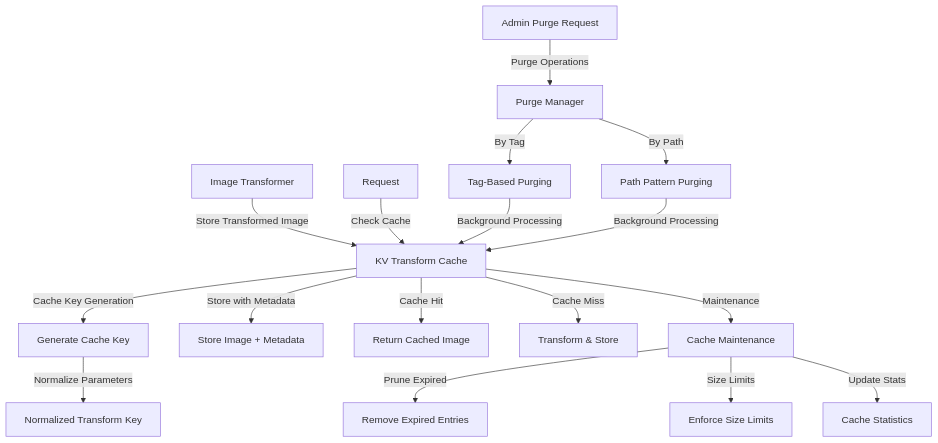
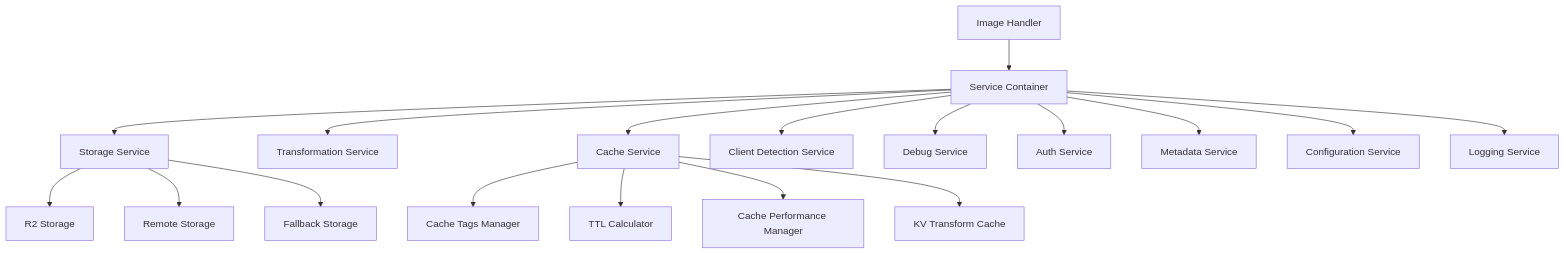
The second of 2 diagrams in README.md (erfianugrah/image-resizer-2), drawn with Mermaid before and after one commit. The commit also changed other lines of this file and 12 other files, not shown here.

````diff
--- a/README.md
+++ b/README.md
@@ -59,23 +38,22 @@
 ```mermaid
 graph TD
-    I[Image Transformer] -->|Store Transformed Image| KV[KV Transform Cache]
-    KV -->|Cache Key Generation| KG[Generate Cache Key]
-    KG -->|Normalize Parameters| NP[Normalized Transform Key]
-    KV -->|Store with Metadata| SM[Store Image + Metadata]
+    A[Image Handler] --> B[Service Container]
+    B --> C[Storage Service]
+    B --> D[Transformation Service]
+    B --> E[Cache Service]
+    B --> F[Client Detection Service]
+    B --> G[Debug Service]
+    B --> H[Auth Service]
+    B --> I[Metadata Service]
+    B --> J[Configuration Service]
+    B --> K[Logging Service]
     
-    R[Request] -->|Check Cache| KV
-    KV -->|Cache Hit| CH[Return Cached Image]
-    KV -->|Cache Miss| CM[Transform & Store]
+    C --> L[R2 Storage]
+    C --> M[Remote Storage]
+    C --> N[Fallback Storage]
     
-    P[Admin Purge Request] -->|Purge Operations| PO[Purge Manager]
-    PO -->|By Tag| PT[Tag-Based Purging]
-    PO -->|By Path| PP[Path Pattern Purging]
-    
-    PT -->|Background Processing| KV
-    PP -->|Background Processing| KV
-    
-    KV -->|Maintenance| M[Cache Maintenance]
-    M -->|Prune Expired| PE[Remove Expired Entries]
-    M -->|Size Limits| SL[Enforce Size Limits]
-    M -->|Update Stats| US[Cache Statistics]
+    E --> O[Cache Tags Manager]
+    E --> P[TTL Calculator]
+    E --> Q[Cache Performance Manager]
+    E --> R[KV Transform Cache]
 ```
````
